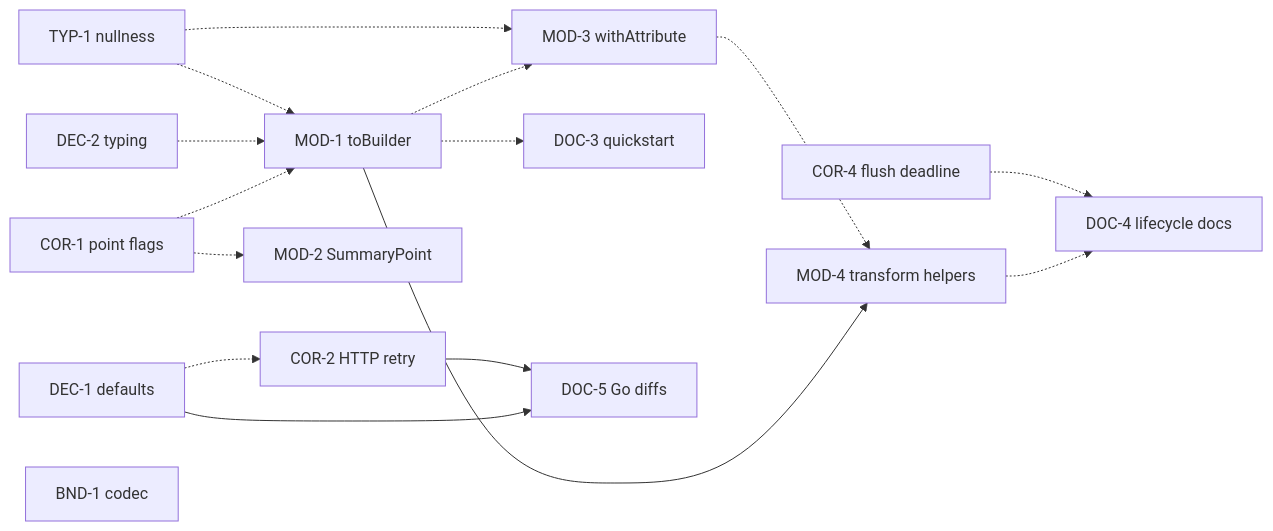
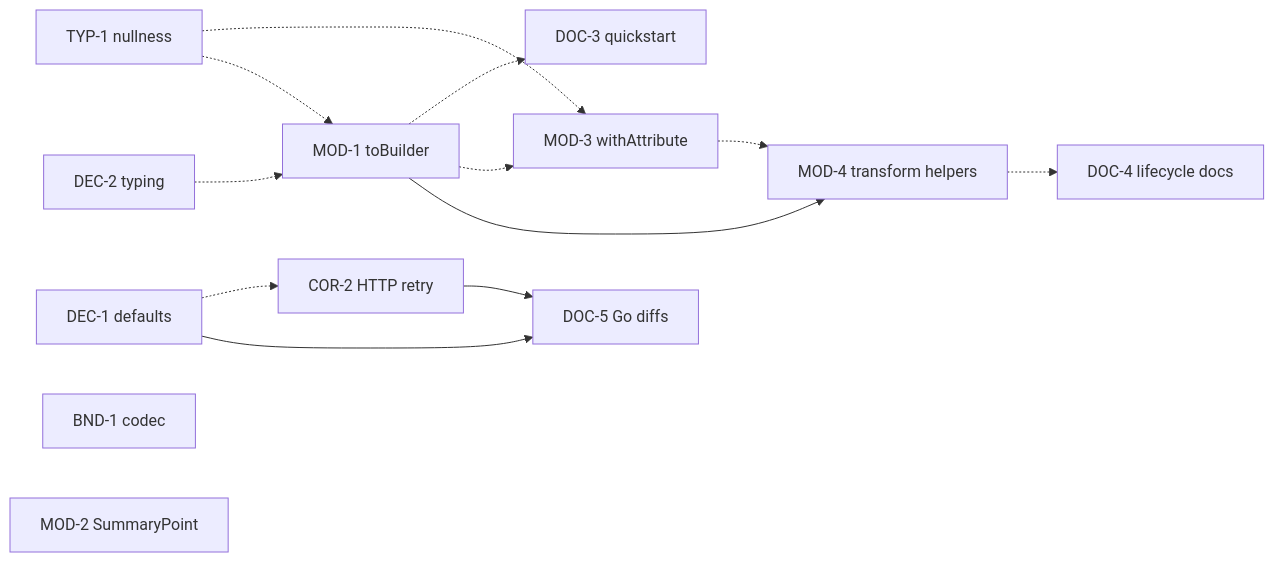
The first of 2 diagrams in backlog.md (thiagogcm/otlp4j), drawn with Mermaid before and after one commit. The commit also changed other lines of this file and 13 other files, not shown here.

````diff
--- a/backlog.md
+++ b/backlog.md
@@ -194,33 +153,28 @@
 ```mermaid
 flowchart LR
   DEC1[DEC-1 defaults]
   DEC2[DEC-2 typing]
-  COR1[COR-1 point flags]
   COR2[COR-2 HTTP retry]
-  COR4[COR-4 flush deadline]
   TYP1[TYP-1 nullness]
   BND1[BND-1 codec]
   MOD1[MOD-1 toBuilder]
   MOD2[MOD-2 SummaryPoint]
   MOD3[MOD-3 withAttribute]
   MOD4[MOD-4 transform helpers]
   DOC3[DOC-3 quickstart]
   DOC4[DOC-4 lifecycle docs]
   DOC5[DOC-5 Go diffs]
 
   MOD1 --> MOD4
   DEC1 --> DOC5
   COR2 --> DOC5
 
-  COR1 -.-> MOD1
   DEC2 -.-> MOD1
   TYP1 -.-> MOD1
-  COR1 -.-> MOD2
   MOD1 -.-> MOD3
   TYP1 -.-> MOD3
   MOD3 -.-> MOD4
   MOD1 -.-> DOC3
   MOD4 -.-> DOC4
-  COR4 -.-> DOC4
   DEC1 -.-> COR2
 ```
````
